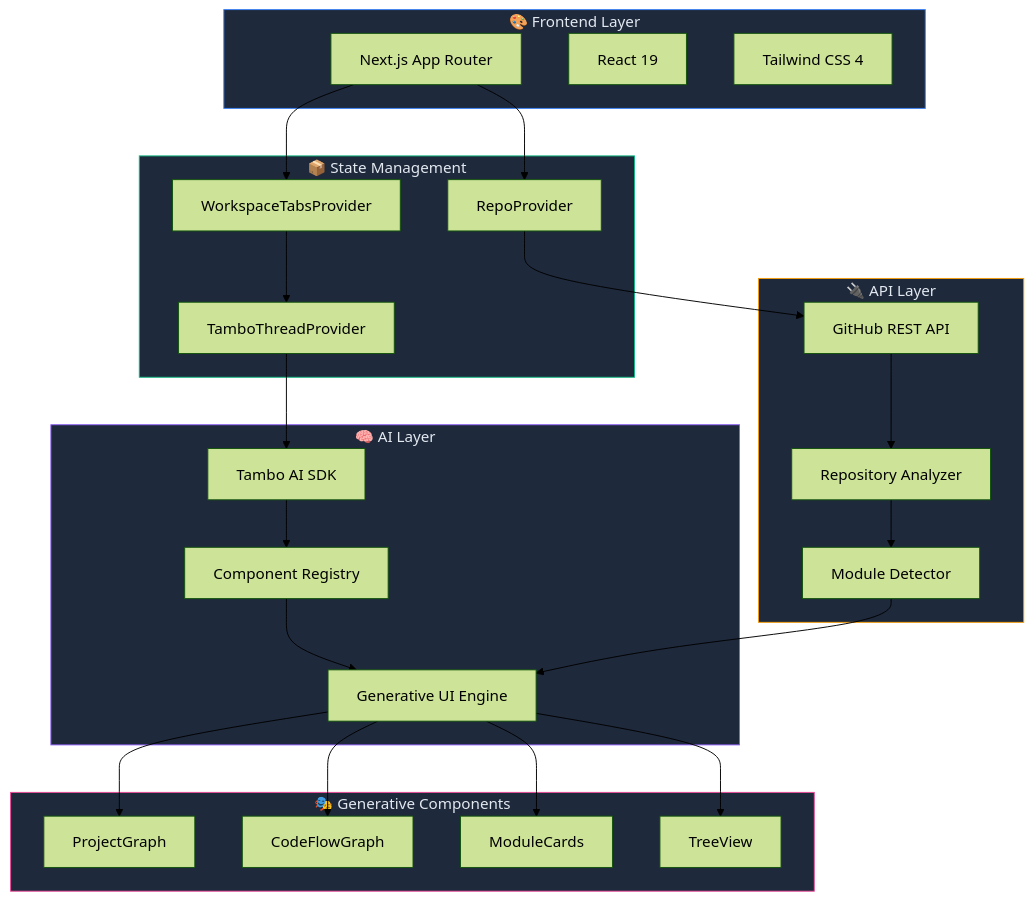
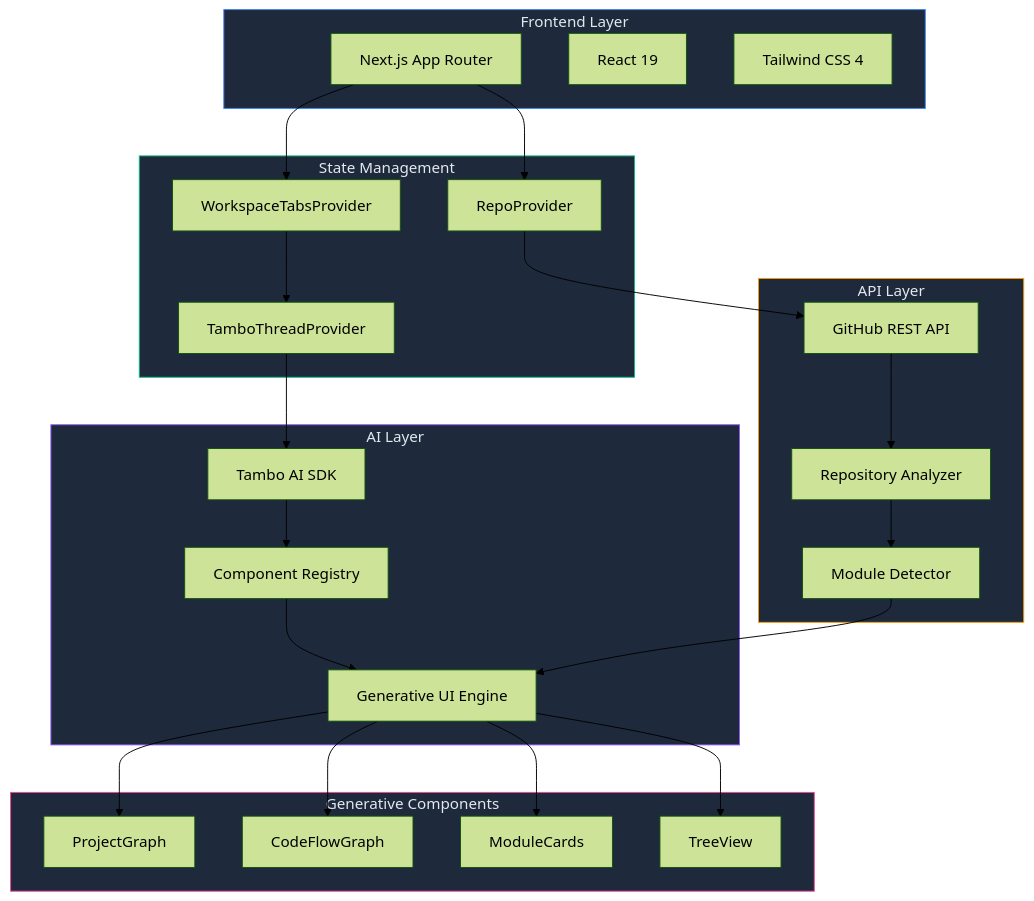
One commit to OshiSharma1222/Codelore changed the fourth of 9 diagrams in README.md. Above: the diagram before and after it, drawn with Mermaid (forest theme). The commit also changed other lines of this file and 1 other file, not shown here.

````diff
--- a/README.md
+++ b/README.md
@@ -192,55 +192,55 @@
 ```mermaid
 graph TB
-    subgraph Frontend["🎨 Frontend Layer"]
+    subgraph Frontend["Frontend Layer"]
         A[Next.js App Router]
         B[React 19]
         C[Tailwind CSS 4]
     end
     
-    subgraph State["📦 State Management"]
+    subgraph State["State Management"]
         D[RepoProvider]
         E[WorkspaceTabsProvider]
         F[TamboThreadProvider]
     end
     
-    subgraph AI["🧠 AI Layer"]
+    subgraph AI["AI Layer"]
         G[Tambo AI SDK]
         H[Component Registry]
         I[Generative UI Engine]
     end
     
-    subgraph API["🔌 API Layer"]
+    subgraph API["API Layer"]
         J[GitHub REST API]
         K[Repository Analyzer]
         L[Module Detector]
     end
     
-    subgraph Components["🎭 Generative Components"]
+    subgraph Components["Generative Components"]
         M[ProjectGraph]
         N[CodeFlowGraph]
         O[ModuleCards]
         P[TreeView]
     end
     
     A --> D
     A --> E
     E --> F
     F --> G
     G --> H
     H --> I
     I --> M
     I --> N
     I --> O
     I --> P
     
     D --> J
     J --> K
     K --> L
     L --> I
     
     style Frontend fill:#1e293b,stroke:#3b82f6,color:#e2e8f0
     style State fill:#1e293b,stroke:#10b981,color:#e2e8f0
     style AI fill:#1e293b,stroke:#8b5cf6,color:#e2e8f0
     style API fill:#1e293b,stroke:#f59e0b,color:#e2e8f0
     style Components fill:#1e293b,stroke:#ec4899,color:#e2e8f0
 ```
````
